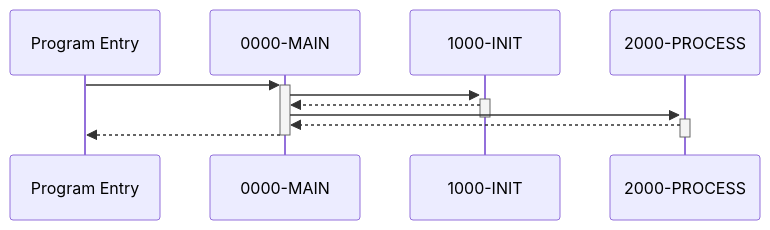
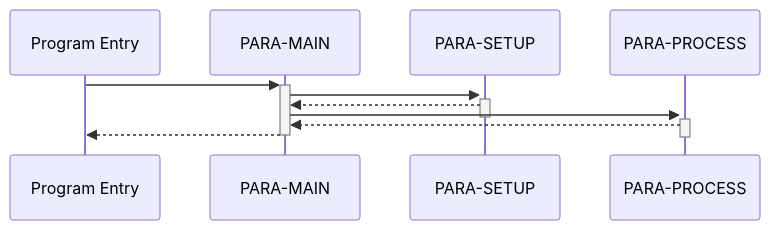
One commit to andrasfe/specter changed the diagram in README.md. Above: the diagram before and after it, drawn with Mermaid. The commit also changed other lines of this file, not shown here.

````diff
--- a/README.md
+++ b/README.md
@@ -79,13 +79,13 @@
 ```mermaid
 sequenceDiagram
     participant Entry as Program Entry
-    participant MAIN as 0000-MAIN
-    participant INIT as 1000-INIT
-    participant PROC as 2000-PROCESS
+    participant MAIN as PARA-MAIN
+    participant SETUP as PARA-SETUP
+    participant PROC as PARA-PROCESS
     Entry->>+MAIN:
-    MAIN->>+INIT:
-    INIT-->>-MAIN:
+    MAIN->>+SETUP:
+    SETUP-->>-MAIN:
     MAIN->>+PROC:
     PROC-->>-MAIN:
     MAIN-->>-Entry:
 ```
````
